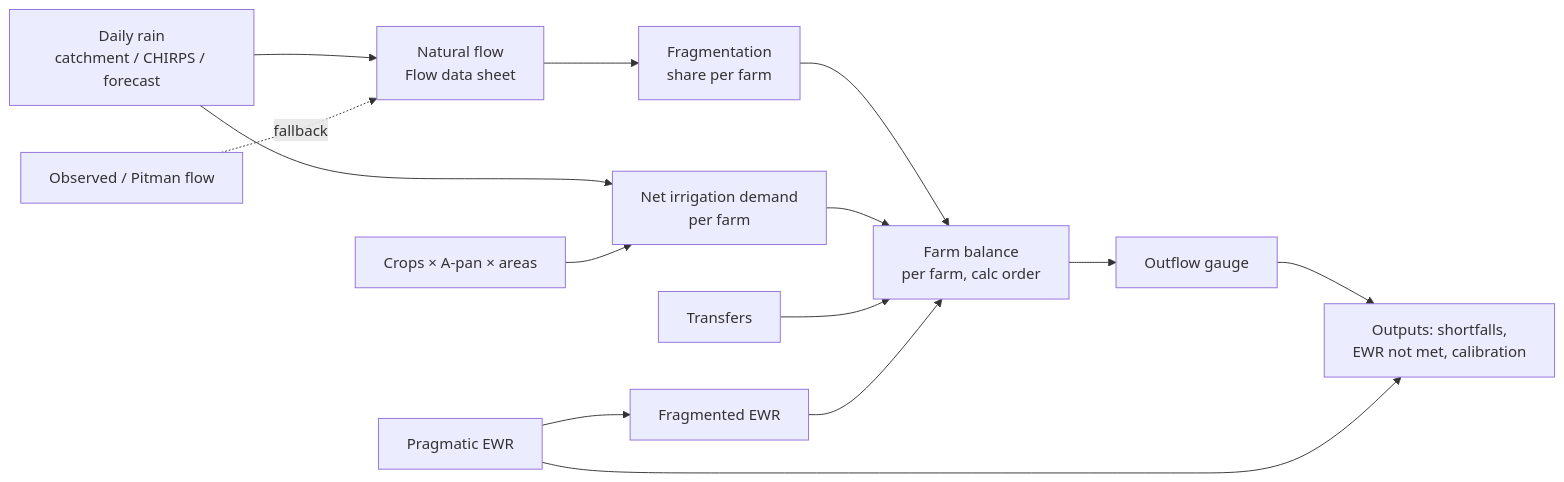
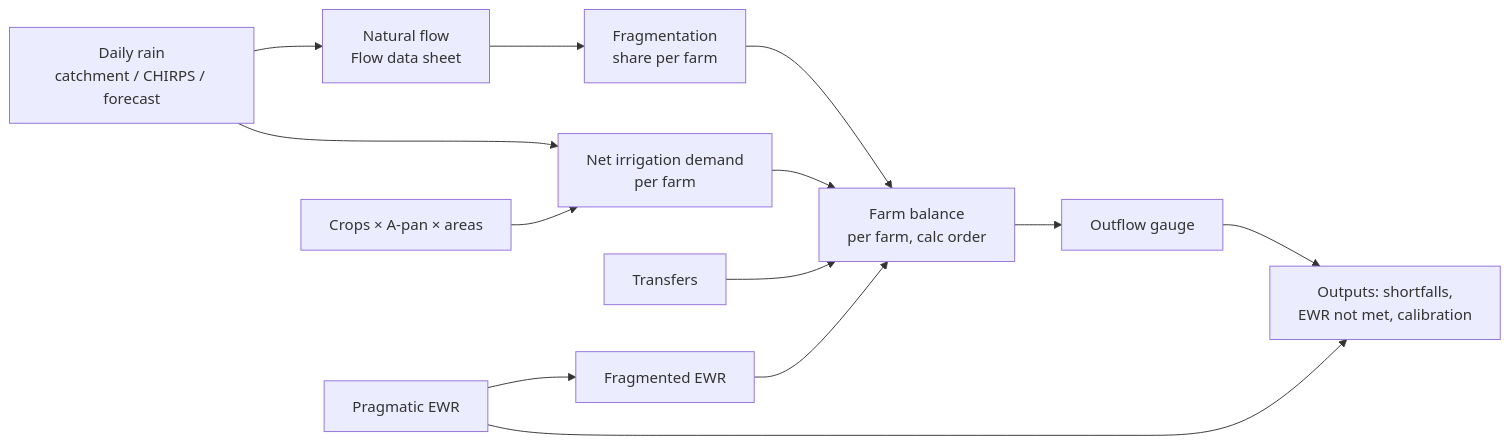
The diagram in docs/model.md (Absence0760/project-water-management), drawn with Mermaid before and after one commit. The commit also changed other lines of this file and 50 other files, not shown here.

First line of the commit message:
feat(engine): remove Pitman flow; ENGINE_VERSION 0.10.0 (audit P1)

````diff
--- a/docs/model.md
+++ b/docs/model.md
@@ -57,15 +57,14 @@
 ```mermaid
 flowchart LR
   R[Daily rain<br/>catchment / CHIRPS / forecast] --> NF[Natural flow<br/>Flow data sheet]
-  O[Observed / Pitman flow] -.fallback.-> NF
   NF --> FR[Fragmentation<br/>share per farm]
   R --> ID[Net irrigation demand<br/>per farm]
   C[Crops × A-pan × areas] --> ID
   FR --> FB[Farm balance<br/>per farm, calc order]
   ID --> FB
   T[Transfers] --> FB
   FB --> G[Outflow gauge]
   E[Pragmatic EWR] --> FE[Fragmented EWR] --> FB
   G --> OUT[Outputs: shortfalls,<br/>EWR not met, calibration]
   E --> OUT
 ```
````
